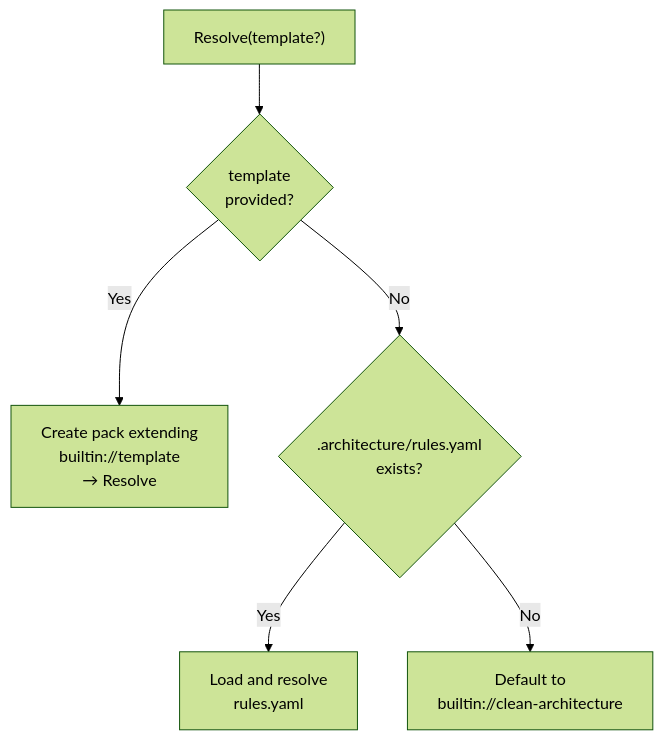
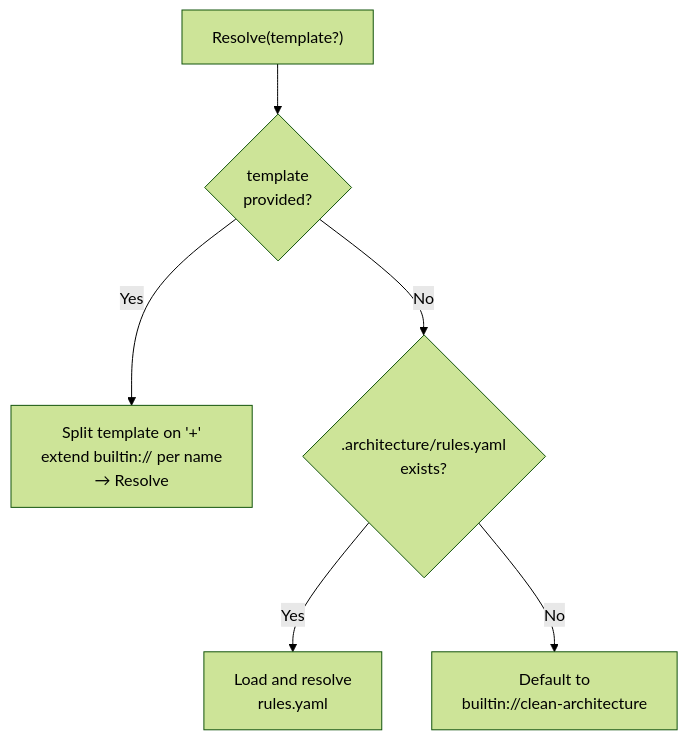
The diagram in docs-site/docs/how-it-works/10-host-applications.md (MarcelRoozekrans/Ariadne.NET), drawn with Mermaid (forest theme) before and after one commit. The commit also changed other lines of this file and 10 other files, not shown here.

````diff
--- a/docs-site/docs/how-it-works/10-host-applications.md
+++ b/docs-site/docs/how-it-works/10-host-applications.md
@@ -136,8 +136,8 @@
 ```mermaid
 flowchart TD
     A["Resolve(template?)"] --> B{"template<br/>provided?"}
-    B -->|Yes| C["Create pack extending<br/>builtin://template<br/>→ Resolve"]
+    B -->|Yes| C["Split template on '+'<br/>extend builtin:// per name<br/>→ Resolve"]
     B -->|No| D{".architecture/rules.yaml<br/>exists?"}
     D -->|Yes| E["Load and resolve<br/>rules.yaml"]
     D -->|No| F["Default to<br/>builtin://clean-architecture"]
 ```
````
